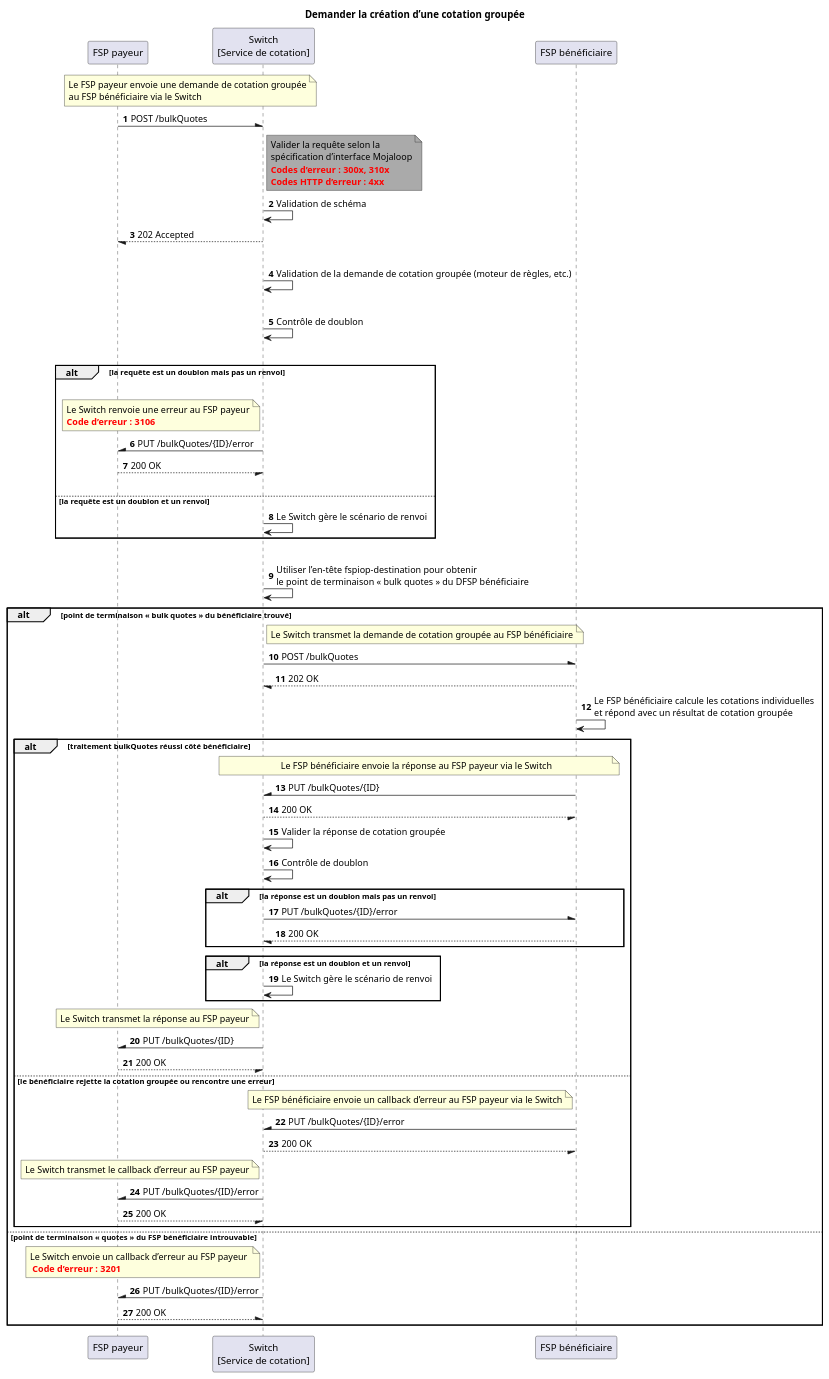
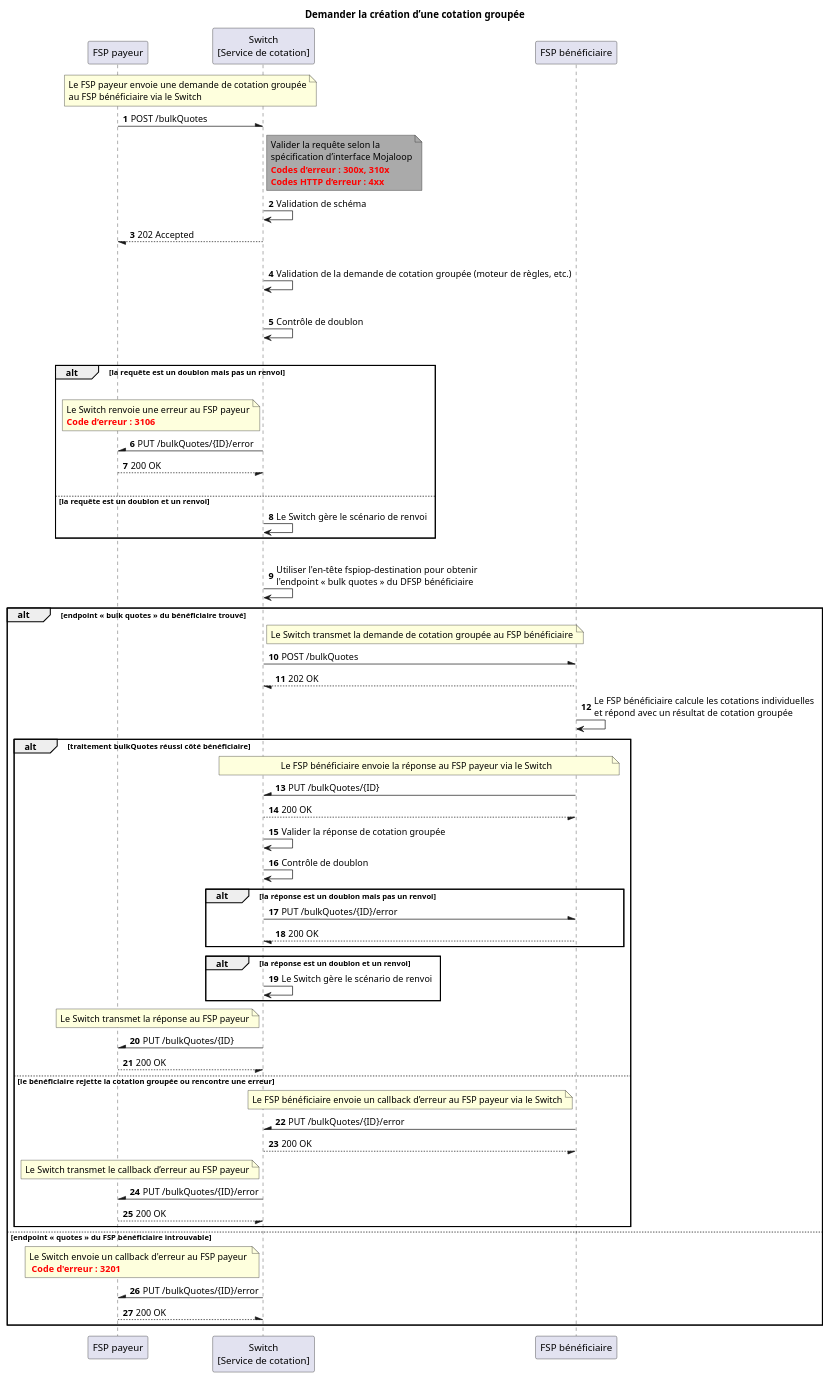
The diagram in docs/fr/technical/technical/quoting-service/assets/diagrams/sequence/seq-post-bulk-quotes-2.2.0.plantuml (mojaloop/documentation), drawn with PlantUML before and after one commit. The commit also changed 51 other files, not shown here.

```diff
--- a/docs/fr/technical/technical/quoting-service/assets/diagrams/sequence/seq-post-bulk-quotes-2.2.0.plantuml
+++ b/docs/fr/technical/technical/quoting-service/assets/diagrams/sequence/seq-post-bulk-quotes-2.2.0.plantuml
@@ -25,75 +25,75 @@
 @startuml
 Title Demander la création d’une cotation groupée
 participant "FSP payeur" as PayerFSP
 participant "Switch\n[Service de cotation]" as Switch
 participant "FSP bénéficiaire" as PayeeFSP
 autonumber
 
 note over PayerFSP, Switch: Le FSP payeur envoie une demande de cotation groupée\nau FSP bénéficiaire via le Switch
 PayerFSP -\ Switch: POST /bulkQuotes
 note right of Switch #aaa
     Valider la requête selon la
     spécification d’interface Mojaloop
     **<color #red>Codes d’erreur : 300x, 310x</color>**
     **<color #red>Codes HTTP d’erreur : 4xx</color>**
 end note
 Switch -> Switch: Validation de schéma
 PayerFSP \-- Switch: 202 Accepted
 |||
 Switch -> Switch: Validation de la demande de cotation groupée (moteur de règles, etc.)
 |||
 Switch -> Switch: Contrôle de doublon
 |||
 alt la requête est un doublon mais pas un renvoi
 |||
     note left of Switch
         Le Switch renvoie une erreur au FSP payeur
         <color #red>**Code d’erreur : 3106**</color>
     end note
     PayerFSP /- Switch: PUT /bulkQuotes/{ID}/error
     PayerFSP --/ Switch: 200 OK
 |||
 else la requête est un doublon et un renvoi
     Switch -> Switch: Le Switch gère le scénario de renvoi
 end
 |||
-Switch -> Switch: Utiliser l’en-tête fspiop-destination pour obtenir\nle point de terminaison « bulk quotes » du DFSP bénéficiaire
-alt point de terminaison « bulk quotes » du bénéficiaire trouvé
+Switch -> Switch: Utiliser l'en-tête fspiop-destination pour obtenir\nl'endpoint « bulk quotes » du DFSP bénéficiaire
+alt endpoint « bulk quotes » du bénéficiaire trouvé
     note right of Switch: Le Switch transmet la demande de cotation groupée au FSP bénéficiaire
     Switch -\ PayeeFSP: POST /bulkQuotes
     Switch \-- PayeeFSP: 202 OK
 
     PayeeFSP -> PayeeFSP: Le FSP bénéficiaire calcule les cotations individuelles\net répond avec un résultat de cotation groupée
     alt traitement bulkQuotes réussi côté bénéficiaire
         note over PayeeFSP, Switch: Le FSP bénéficiaire envoie la réponse au FSP payeur via le Switch
         Switch /- PayeeFSP: PUT /bulkQuotes/{ID}
         Switch --/ PayeeFSP: 200 OK
 
         Switch -> Switch: Valider la réponse de cotation groupée
         Switch -> Switch: Contrôle de doublon
         alt la réponse est un doublon mais pas un renvoi
             Switch -\ PayeeFSP: PUT /bulkQuotes/{ID}/error
             Switch \-- PayeeFSP: 200 OK
         end
         alt la réponse est un doublon et un renvoi
             Switch -> Switch: Le Switch gère le scénario de renvoi
         end
 
         note left of Switch: Le Switch transmet la réponse au FSP payeur
         PayerFSP /- Switch: PUT /bulkQuotes/{ID}
         PayerFSP --/ Switch: 200 OK
     else le bénéficiaire rejette la cotation groupée ou rencontre une erreur
         note left of PayeeFSP: Le FSP bénéficiaire envoie un callback d’erreur au FSP payeur via le Switch
         Switch /- PayeeFSP: PUT /bulkQuotes/{ID}/error
         Switch --/ PayeeFSP: 200 OK
         note left of Switch: Le Switch transmet le callback d’erreur au FSP payeur
         PayerFSP /- Switch: PUT /bulkQuotes/{ID}/error
         PayerFSP --/ Switch: 200 OK
     end
-else point de terminaison « quotes » du FSP bénéficiaire introuvable
-    note left of Switch: Le Switch envoie un callback d’erreur au FSP payeur \n <color #red>**Code d’erreur : 3201**</color>
+else endpoint « quotes » du FSP bénéficiaire introuvable
+    note left of Switch: Le Switch envoie un callback d'erreur au FSP payeur \n <color #red>**Code d'erreur : 3201**</color>
     PayerFSP /- Switch: PUT /bulkQuotes/{ID}/error
     PayerFSP --\ Switch: 200 OK
 end
 
 @enduml
```
